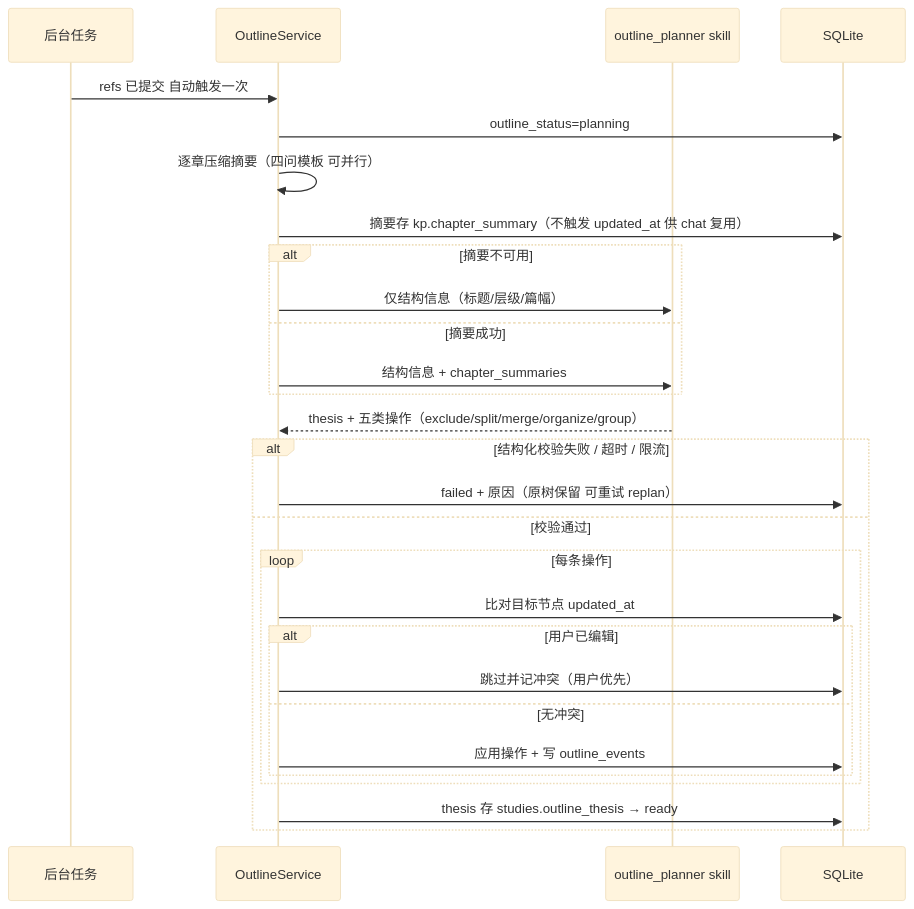
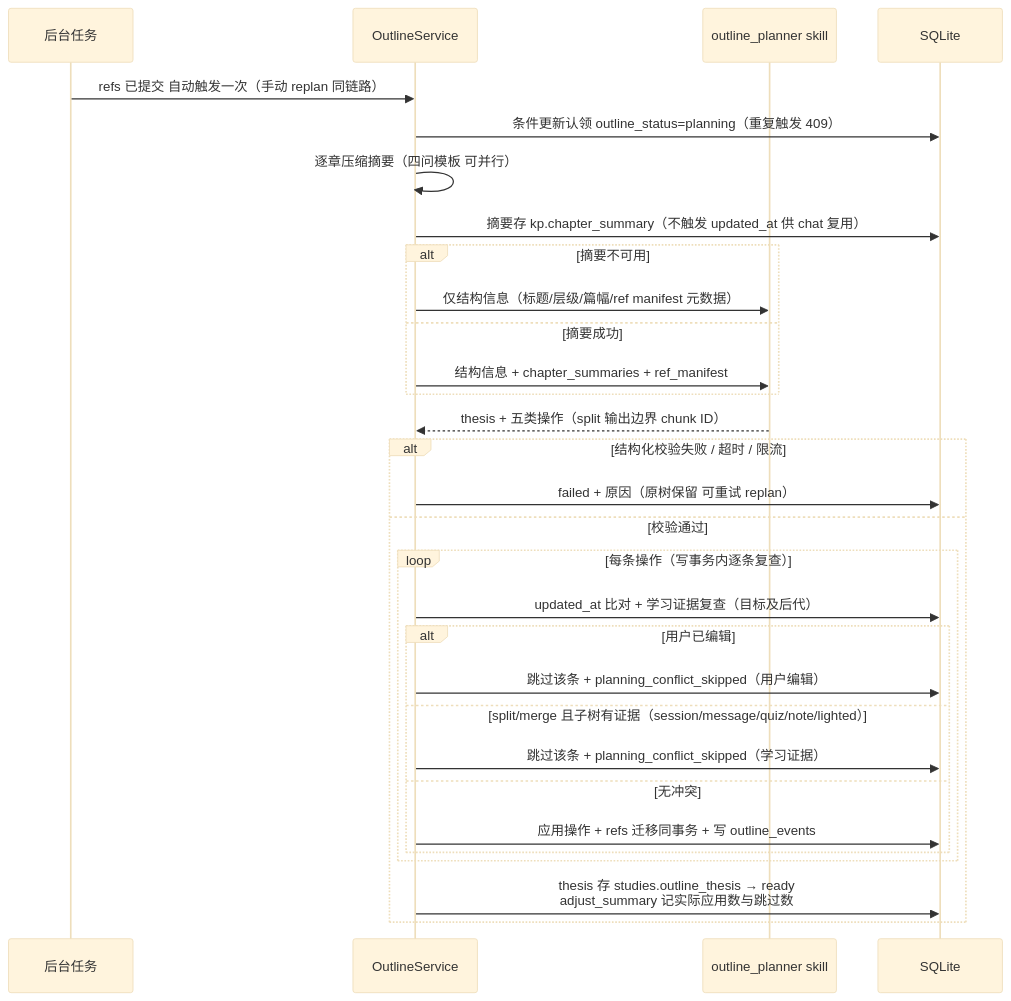
One commit to wangzf657/BetterOneself changed the second of 6 diagrams in docs/v0.1/technical/流程图.md. Above: the diagram before and after it, drawn with Mermaid (base theme). The commit also changed other lines of this file and 106 other files, not shown here.

````diff
--- a/docs/v0.1/technical/流程图.md
+++ b/docs/v0.1/technical/流程图.md
@@ -32,30 +34,32 @@
 ```mermaid
 sequenceDiagram
     participant T as 后台任务
     participant S as OutlineService
     participant K as outline_planner skill
     participant DB as SQLite
-    T->>S: refs 已提交 自动触发一次
-    S->>DB: outline_status=planning
+    T->>S: refs 已提交 自动触发一次（手动 replan 同链路）
+    S->>DB: 条件更新认领 outline_status=planning（重复触发 409）
     S->>S: 逐章压缩摘要（四问模板 可并行）
     S->>DB: 摘要存 kp.chapter_summary（不触发 updated_at 供 chat 复用）
     alt 摘要不可用
-        S->>K: 仅结构信息（标题/层级/篇幅）
+        S->>K: 仅结构信息（标题/层级/篇幅/ref manifest 元数据）
     else 摘要成功
-        S->>K: 结构信息 + chapter_summaries
+        S->>K: 结构信息 + chapter_summaries + ref_manifest
     end
-    K-->>S: thesis + 五类操作（exclude/split/merge/organize/group）
+    K-->>S: thesis + 五类操作（split 输出边界 chunk ID）
     alt 结构化校验失败 / 超时 / 限流
         S->>DB: failed + 原因（原树保留 可重试 replan）
     else 校验通过
-        loop 每条操作
-            S->>DB: 比对目标节点 updated_at
+        loop 每条操作（写事务内逐条复查）
+            S->>DB: updated_at 比对 + 学习证据复查（目标及后代）
             alt 用户已编辑
-                S->>DB: 跳过并记冲突（用户优先）
+                S->>DB: 跳过该条 + planning_conflict_skipped（用户编辑）
+            else split/merge 且子树有证据（session/message/quiz/note/lighted）
+                S->>DB: 跳过该条 + planning_conflict_skipped（学习证据）
             else 无冲突
-                S->>DB: 应用操作 + 写 outline_events
+                S->>DB: 应用操作 + refs 迁移同事务 + 写 outline_events
             end
         end
-        S->>DB: thesis 存 studies.outline_thesis → ready
+        S->>DB: thesis 存 studies.outline_thesis → ready<br/>adjust_summary 记实际应用数与跳过数
     end
 ```
````
